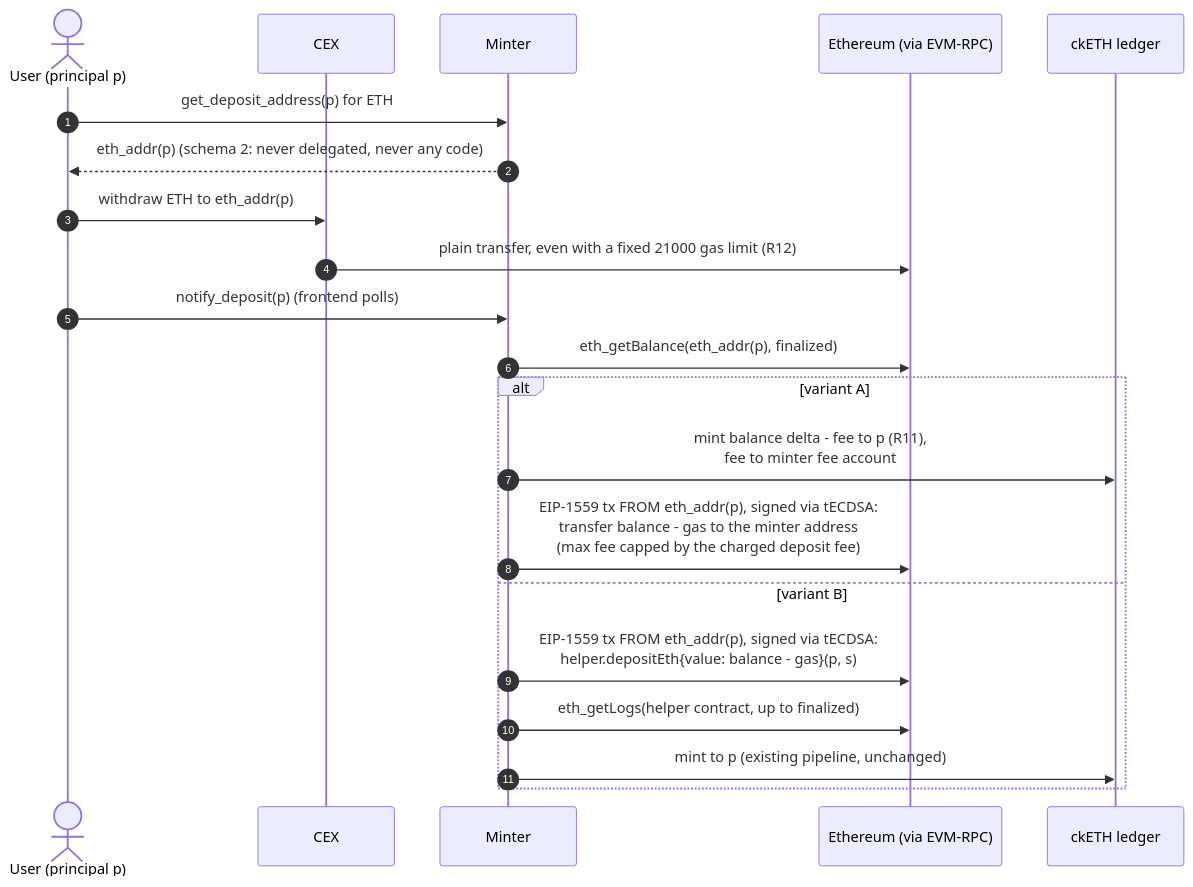
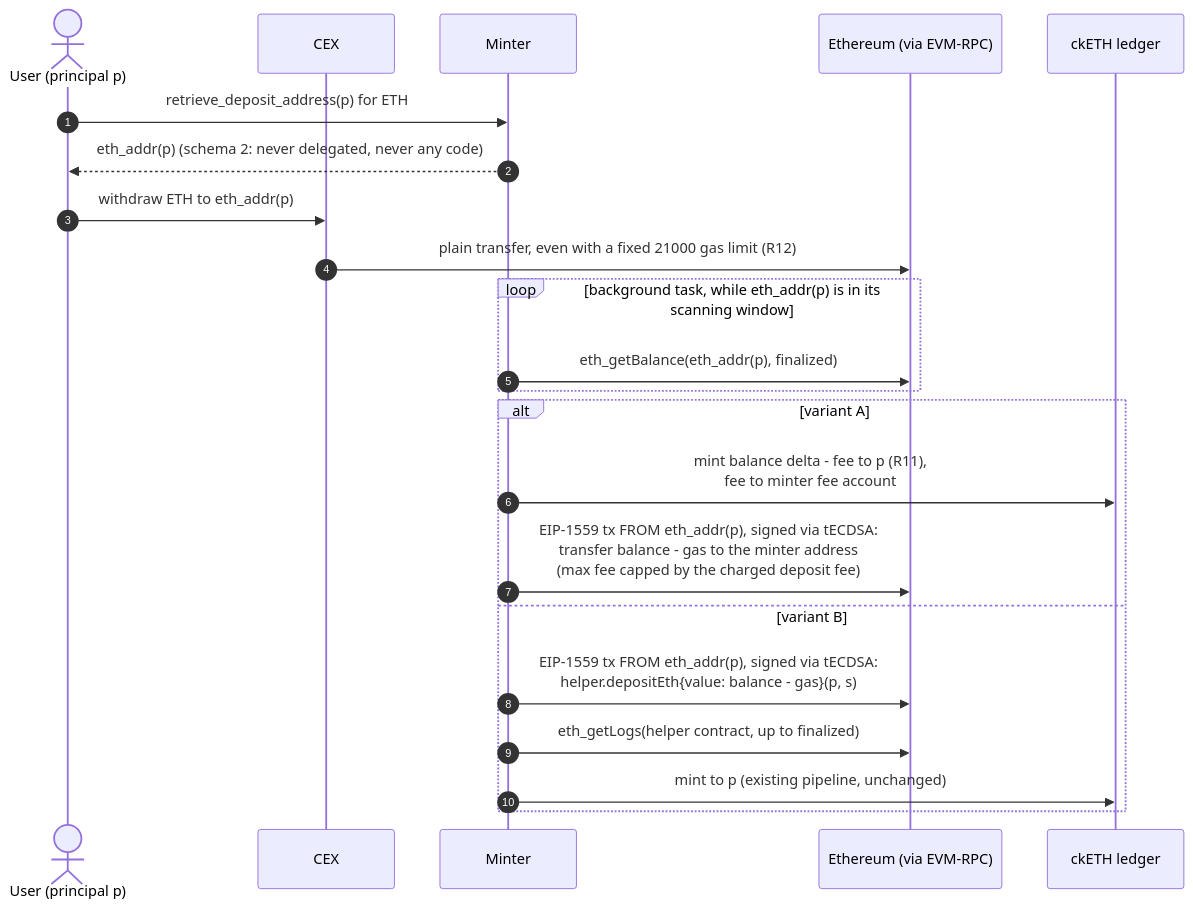
Before and after one commit to dfinity/ic: the third of 3 diagrams in rs/ethereum/cketh/docs/deposit_from_cex.md, drawn with Mermaid. The commit also changed other lines of this file, not shown here.

First line of the commit message:
docs: reorganize design doc into one section per flow step

````diff
--- a/rs/ethereum/cketh/docs/deposit_from_cex.md
+++ b/rs/ethereum/cketh/docs/deposit_from_cex.md
@@ -342,24 +242,25 @@
 ```mermaid
 sequenceDiagram
     autonumber
     actor User as User (principal p)
     participant CEX
     participant Minter
     participant Eth as Ethereum (via EVM-RPC)
     participant CkEthLedger as ckETH ledger
 
-    User->>Minter: get_deposit_address(p) for ETH
+    User->>Minter: retrieve_deposit_address(p) for ETH
     Minter-->>User: eth_addr(p) (schema 2: never delegated, never any code)
     User->>CEX: withdraw ETH to eth_addr(p)
     CEX->>Eth: plain transfer, even with a fixed 21000 gas limit (R12)
-    User->>Minter: notify_deposit(p) (frontend polls)
-    Minter->>Eth: eth_getBalance(eth_addr(p), finalized)
+    loop background task, while eth_addr(p) is in its scanning window
+        Minter->>Eth: eth_getBalance(eth_addr(p), finalized)
+    end
     alt variant A
         Minter->>CkEthLedger: mint balance delta - fee to p (R11),<br/>fee to minter fee account
         Minter->>Eth: EIP-1559 tx FROM eth_addr(p), signed via tECDSA:<br/>transfer balance - gas to the minter address<br/>(max fee capped by the charged deposit fee)
     else variant B
         Minter->>Eth: EIP-1559 tx FROM eth_addr(p), signed via tECDSA:<br/>helper.depositEth{value: balance - gas}(p, s)
         Minter->>Eth: eth_getLogs(helper contract, up to finalized)
         Minter->>CkEthLedger: mint to p (existing pipeline, unchanged)
     end
 ```
````
